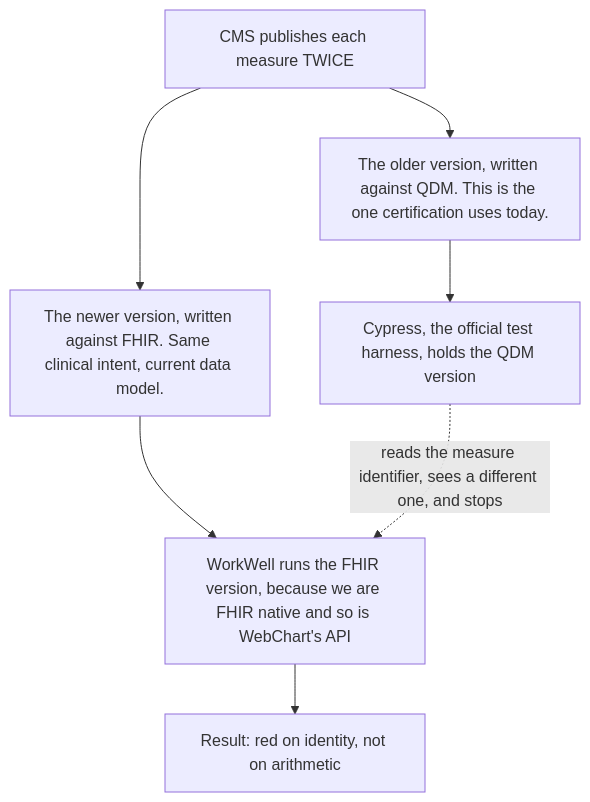
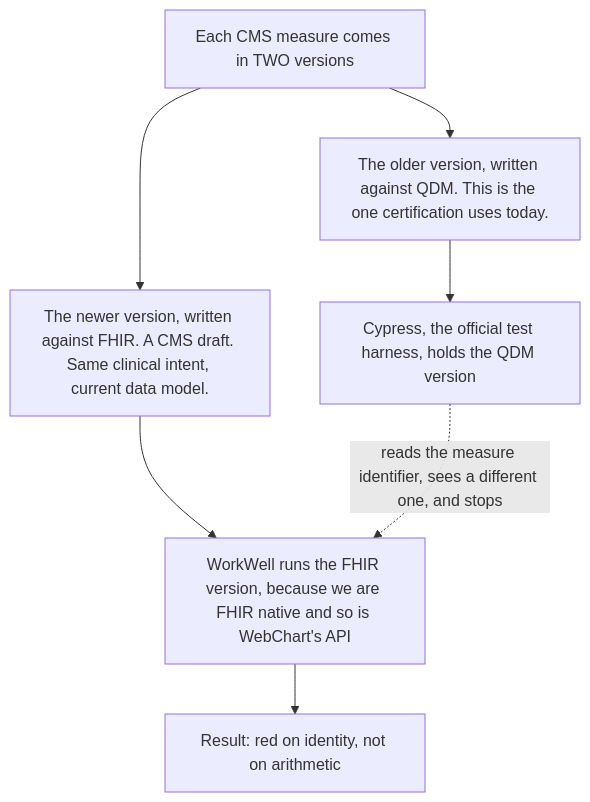
The second of 4 diagrams in docs/guide/05-fhir.md (Taleef7/workwell), drawn with Mermaid before and after one commit. The commit also changed other lines of this file and 24 other files, not shown here.

````diff
--- a/docs/guide/05-fhir.md
+++ b/docs/guide/05-fhir.md
@@ -60,10 +60,10 @@
 ```mermaid
 flowchart TB
-  C["CMS publishes each measure TWICE"]
+  C["Each CMS measure comes in TWO versions"]
   C --> QDM["The older version, written against QDM. This is the one certification uses today."]
-  C --> FH["The newer version, written against FHIR. Same clinical intent, current data model."]
+  C --> FH["The newer version, written against FHIR. A CMS draft. Same clinical intent, current data model."]
   QDM --> CY["Cypress, the official test harness, holds the QDM version"]
   FH --> WW["WorkWell runs the FHIR version, because we are FHIR native and so is WebChart's API"]
   CY -. "reads the measure identifier, sees a different one, and stops" .-> WW
   WW --> R["Result: red on identity, not on arithmetic"]
 ```
````
